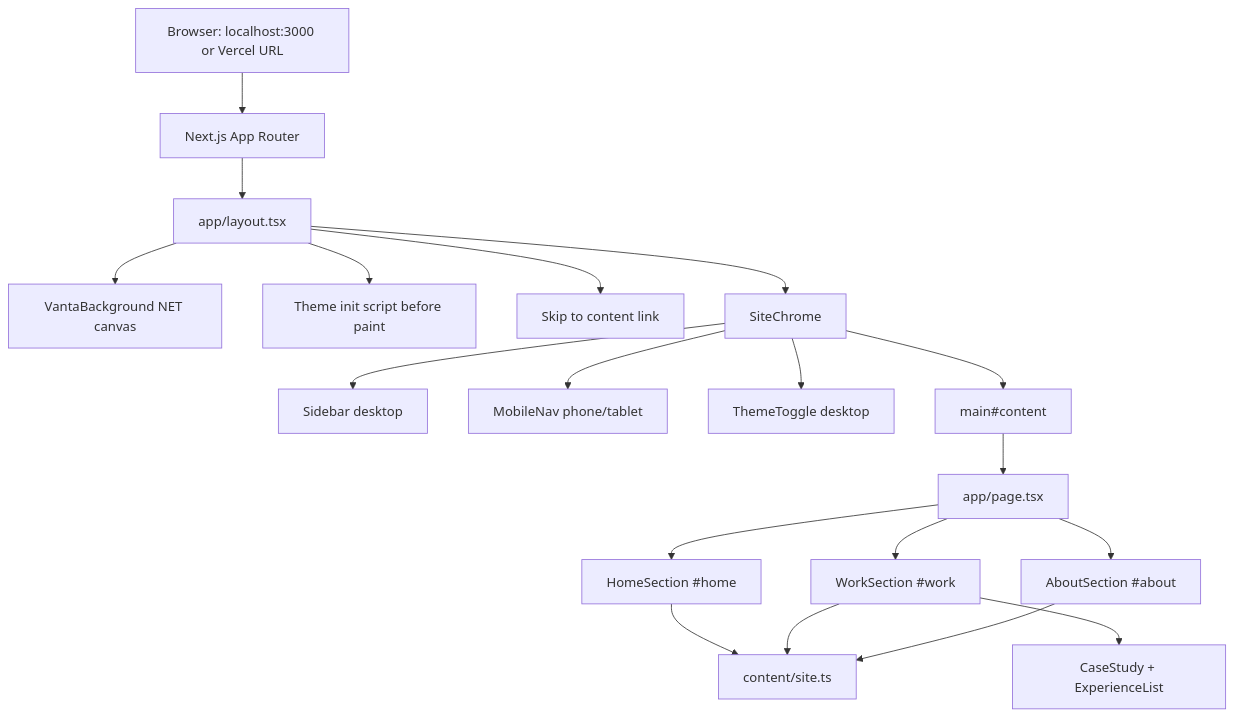
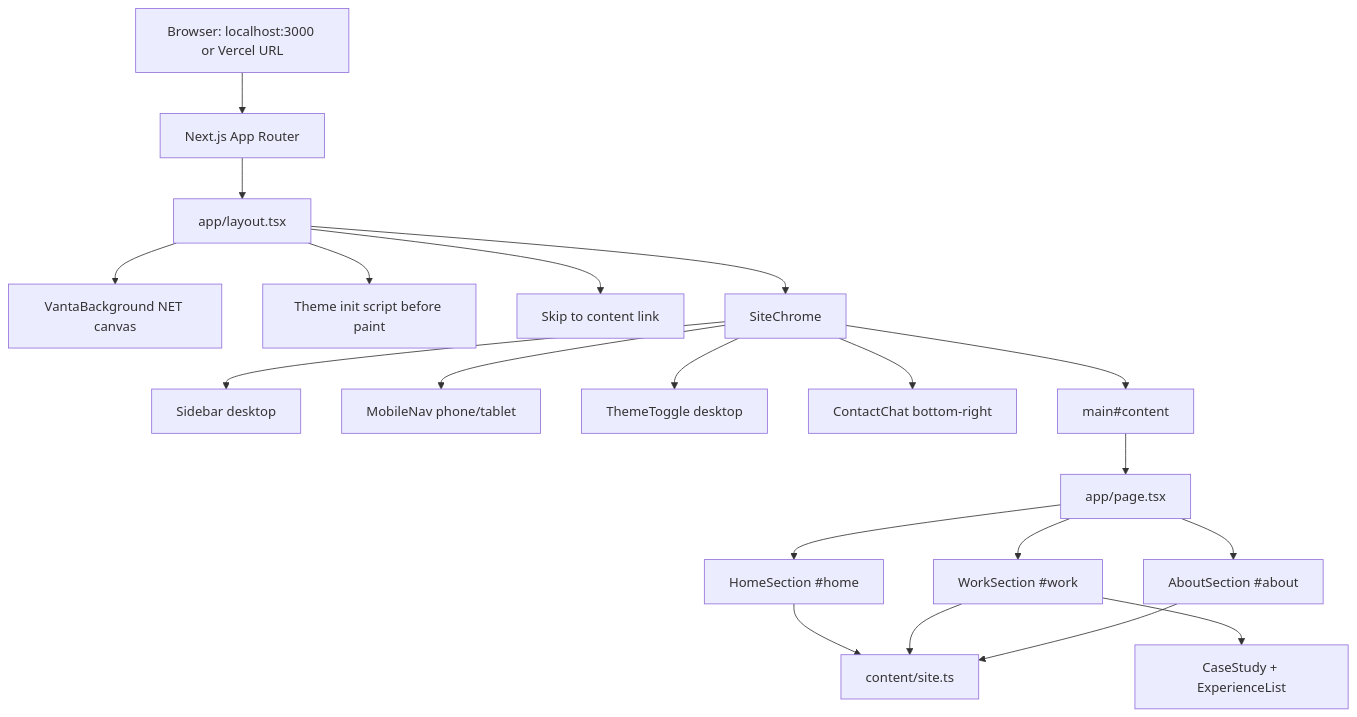
Before and after one commit to KatsuTeishoku/PortfolioWebsite: the first of 7 diagrams in Guide.md, drawn with Mermaid. The commit also changed other lines of this file and 30 other files, not shown here.

Commit message:
Added Web3Forms contact chat, centered Work/About layout, and LABSoft demo scaling.

````diff
--- a/Guide.md
+++ b/Guide.md
@@ -44,19 +44,20 @@
 ```mermaid
 flowchart TD
   A[Browser: localhost:3000 or Vercel URL] --> B[Next.js App Router]
   B --> C[app/layout.tsx]
   C --> VB[VantaBackground NET canvas]
   C --> D[Theme init script before paint]
   C --> E[Skip to content link]
   C --> F[SiteChrome]
   F --> G[Sidebar desktop]
   F --> H[MobileNav phone/tablet]
   F --> I[ThemeToggle desktop]
+  F --> Chat[ContactChat bottom-right]
   F --> J[main#content]
   J --> K[app/page.tsx]
   K --> L[HomeSection #home]
   K --> M[WorkSection #work]
   K --> N[AboutSection #about]
   L & M & N --> O[content/site.ts]
   M --> P[CaseStudy + ExperienceList]
 ```
````
